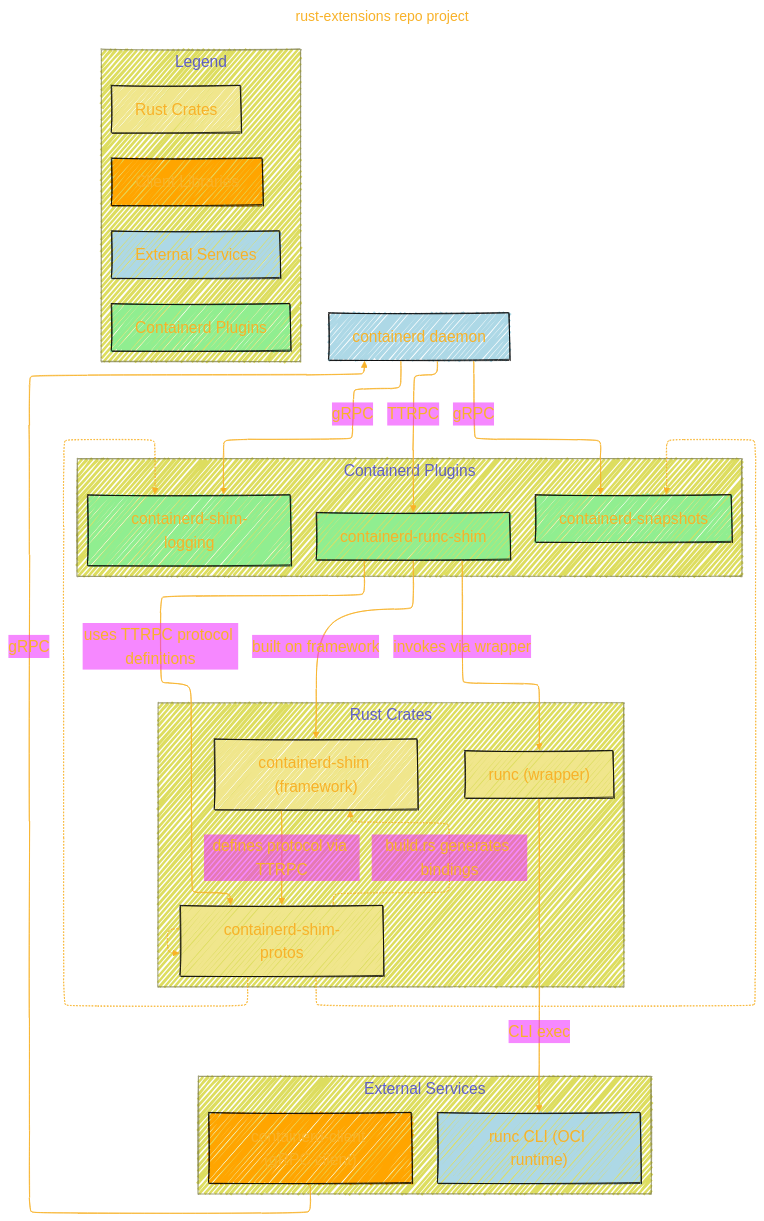
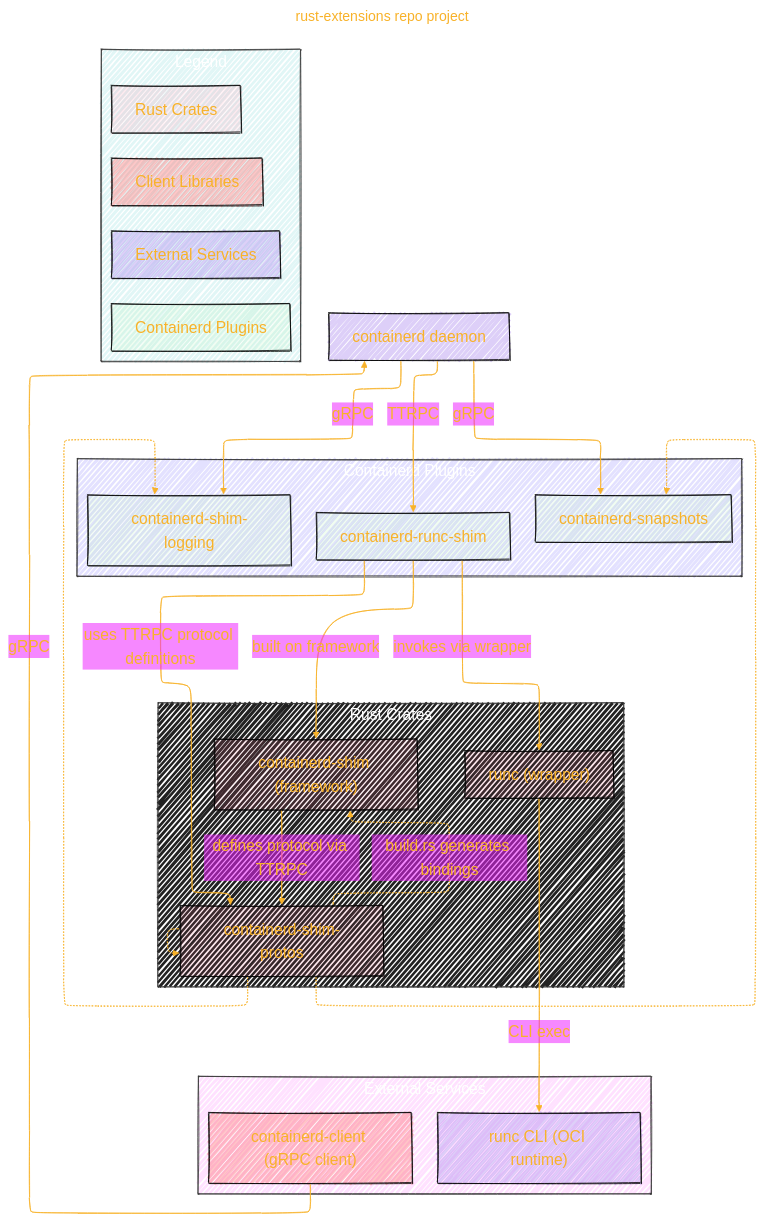
Before and after one commit to CongLeSolutionX/ArchExplorer: the first of 2 diagrams in APPLE/containerd_project/rust-extensions.md, drawn with Mermaid. The commit also changed other lines of this file, not shown here.

Commit message:
update notes

````diff
--- a/APPLE/containerd_project/rust-extensions.md
+++ b/APPLE/containerd_project/rust-extensions.md
@@ -45,7 +46,7 @@
 author: "Cong Le"
 version: "1.0"
 license(s): "MIT, CC BY-SA 4.0"
-copyright: "Copyright (c) 2025 Cong Le. All Rights Reserved."
+copyright: "Copyright © 2025 Cong Le. All Rights Reserved."
 config:
   layout: elk
   theme: base
@@ -72,9 +73,9 @@
   }
 }%%
 flowchart TD
-    %% External Services
-    subgraph "External Services"
-        direction TB
+    subgraph External_Services["External Services"]
+    style External_Services fill:#F2F2,stroke:#333,stroke-width:1px, color: #FFFF
+    direction TB
         Client["containerd-client (gRPC client)"]:::client
         RuncCLI["runc CLI (OCI runtime)"]:::external
     end
@@ -83,16 +84,18 @@
     Containerd["containerd daemon"]:::external
 
     %% Rust Plugins (loaded by containerd)
-    subgraph "Containerd Plugins" 
-        direction TB
+    subgraph Containerd_Plugins["Containerd Plugins"]
+    style Containerd_Plugins fill:#32F2,stroke:#333,stroke-width:1px, color: #FFFF
+    direction TB
         RuncShim["containerd-runc-shim"]:::plugin
         Logging["containerd-shim-logging"]:::plugin
         Snapshots["containerd-snapshots"]:::plugin
     end
 
     %% Rust Libraries/Crates
-    subgraph "Rust Crates"
-        direction TB
+    subgraph Rust_Crates["Rust Crates"]
+    style Rust_Crates fill:#222,stroke:#333,stroke-width:1px, color: #FFFF
+    direction TB
         ShimProtos["containerd-shim-protos"]:::lib
         ShimFW["containerd-shim (framework)"]:::lib
         RuncWrap["runc (wrapper)"]:::lib
@@ -154,18 +157,18 @@
     click InstallProto "https://github.com/containerd/rust-extensions/blob/main/scripts/install-protobuf.sh"
     click UpdateVendor "https://github.com/containerd/rust-extensions/blob/main/scripts/update-vendor.sh"
 
-    %% Legend
-    subgraph Legend
-        direction TB
+    subgraph Legend["Legend"]
+    style Legend fill:#2BB2,stroke:#333,stroke-width:1px, color: #FFFF
+    direction TB
         ext["External Services"]:::external
         plug["Containerd Plugins"]:::plugin
         libc["Rust Crates"]:::lib
         cli["Client Libraries"]:::client
     end
 
-    classDef external fill:#ADD8E6,stroke:#000,stroke-width:1px;
-    classDef plugin fill:#90EE90,stroke:#000,stroke-width:1px;
-    classDef client fill:#FFA500,stroke:#000,stroke-width:1px;
-    classDef lib fill:#F0E68C,stroke:#000,stroke-width:1px;
+    classDef external fill:#A8E6,stroke:#000,stroke-width:1px
+    classDef plugin fill:#9E92,stroke:#000,stroke-width:1px
+    classDef client fill:#F555,stroke:#000,stroke-width:1px
+    classDef lib fill:#F682,stroke:#000,stroke-width:1px
 
 ```
````
